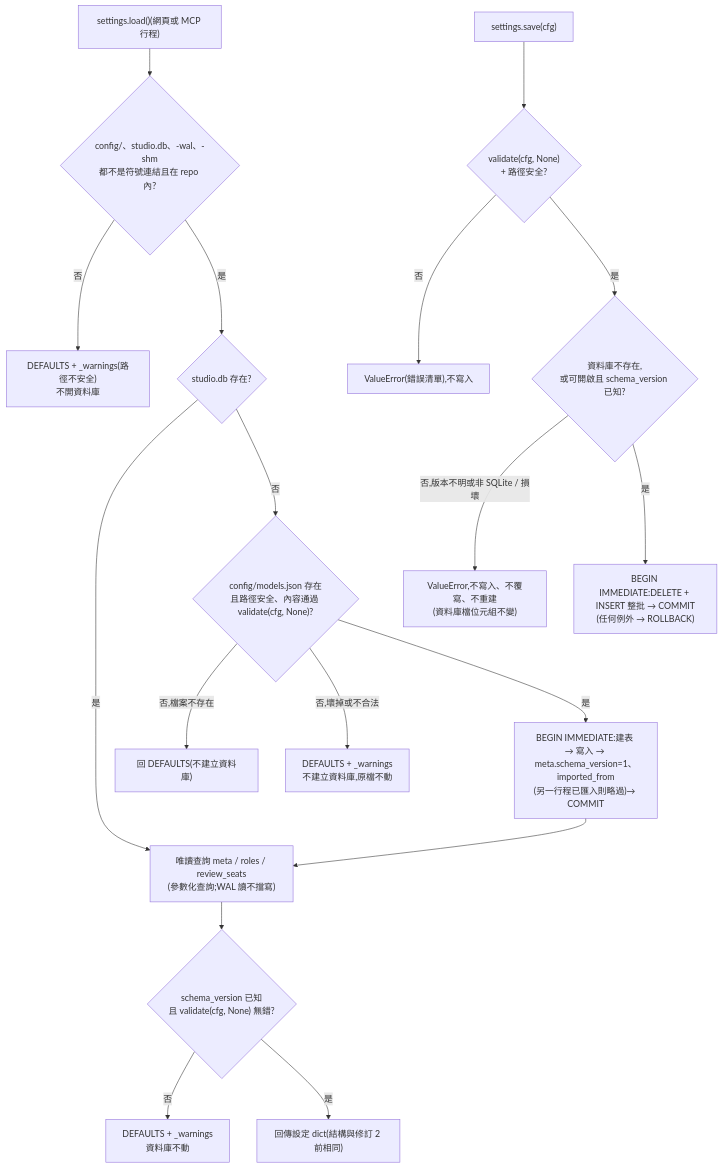
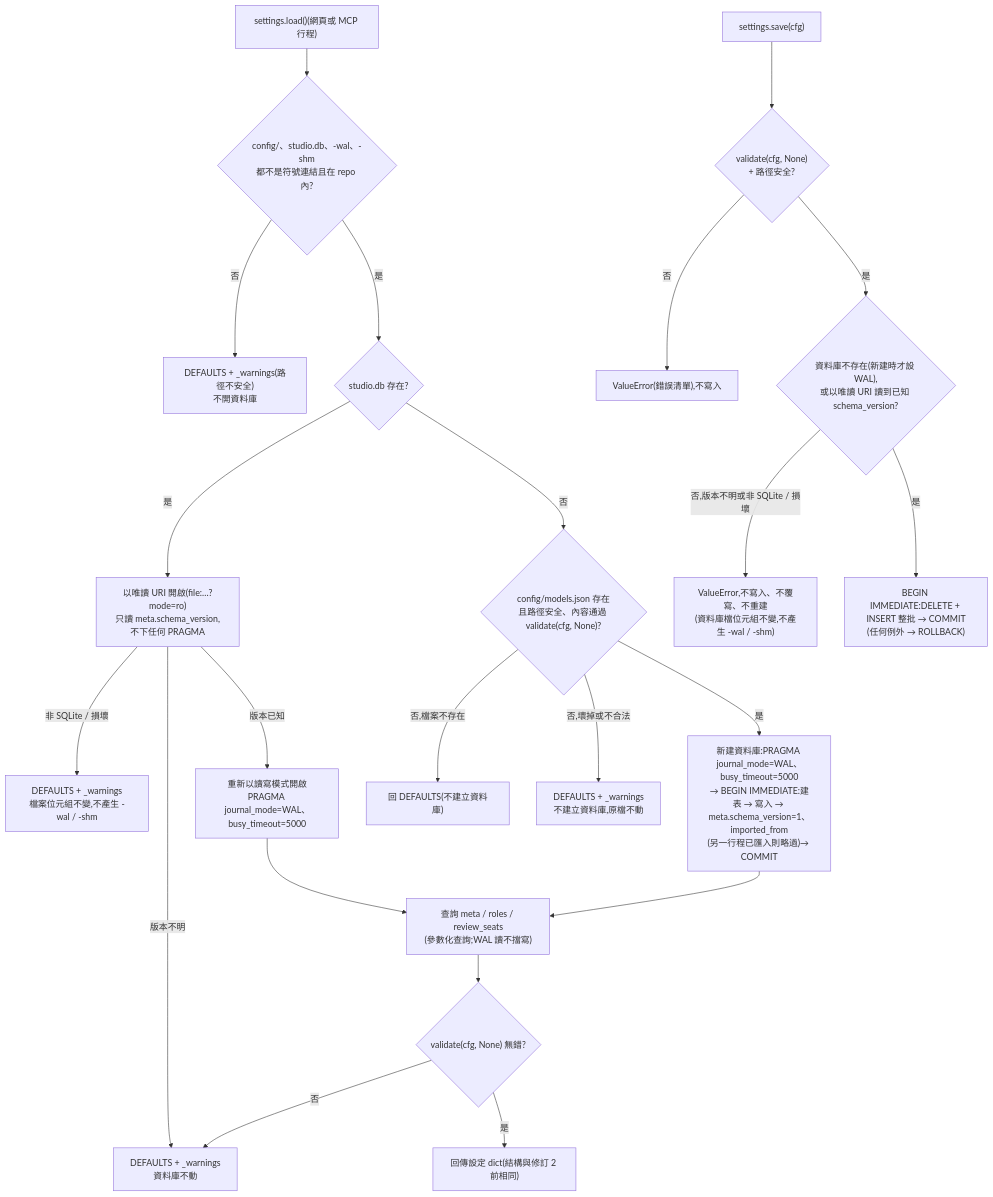
Before and after one commit to kamira/podcast-studio: the fourth of 4 diagrams in docs/changes/CHG-20261022-01.md, drawn with Mermaid. The commit also changed other lines of this file, not shown here.

Commit message:
CHG-20261022-01: 修訂 2 草案依審議修正——版本不明或損壞的資料庫先以唯讀開啟,不設 WAL、不改檔

````diff
--- a/docs/changes/CHG-20261022-01.md
+++ b/docs/changes/CHG-20261022-01.md
@@ -172,20 +172,24 @@
 ```mermaid
 flowchart TD
   L["settings.load()(網頁或 MCP 行程)"] --> PS{"config/、studio.db、-wal、-shm<br/>都不是符號連結且在 repo 內?"}
   PS -- 否 --> FB1["DEFAULTS + _warnings(路徑不安全)<br/>不開資料庫"]
   PS -- 是 --> EX{"studio.db 存在?"}
-  EX -- 是 --> RD["唯讀查詢 meta / roles / review_seats<br/>(參數化查詢;WAL 讀不擋寫)"]
+  EX -- 是 --> RO["以唯讀 URI 開啟(file:…?mode=ro)<br/>只讀 meta.schema_version,不下任何 PRAGMA"]
+  RO -- 非 SQLite / 損壞 --> FB4["DEFAULTS + _warnings<br/>檔案位元組不變,不產生 -wal / -shm"]
+  RO -- 版本不明 --> FB3
+  RO -- 版本已知 --> WAL["重新以讀寫模式開啟<br/>PRAGMA journal_mode=WAL、busy_timeout=5000"]
+  WAL --> RD["查詢 meta / roles / review_seats<br/>(參數化查詢;WAL 讀不擋寫)"]
   EX -- 否 --> J{"config/models.json 存在<br/>且路徑安全、內容通過 validate(cfg, None)?"}
   J -- 否,檔案不存在 --> DF["回 DEFAULTS(不建立資料庫)"]
   J -- 否,壞掉或不合法 --> FB2["DEFAULTS + _warnings<br/>不建立資料庫,原檔不動"]
-  J -- 是 --> IM["BEGIN IMMEDIATE:建表 → 寫入 → meta.schema_version=1、imported_from<br/>(另一行程已匯入則略過)→ COMMIT"]
+  J -- 是 --> IM["新建資料庫:PRAGMA journal_mode=WAL、busy_timeout=5000<br/>→ BEGIN IMMEDIATE:建表 → 寫入 → meta.schema_version=1、imported_from<br/>(另一行程已匯入則略過)→ COMMIT"]
   IM --> RD
-  RD --> V{"schema_version 已知<br/>且 validate(cfg, None) 無錯?"}
+  RD --> V{"validate(cfg, None) 無錯?"}
   V -- 否 --> FB3["DEFAULTS + _warnings<br/>資料庫不動"]
   V -- 是 --> OK["回傳設定 dict(結構與修訂 2 前相同)"]
   S["settings.save(cfg)"] --> SV{"validate(cfg, None)<br/>+ 路徑安全?"}
   SV -- 否 --> ER["ValueError(錯誤清單),不寫入"]
-  SV -- 是 --> SK{"資料庫不存在,<br/>或可開啟且 schema_version 已知?"}
-  SK -- 否,版本不明或非 SQLite / 損壞 --> ER2["ValueError,不寫入、不覆寫、不重建<br/>(資料庫檔位元組不變)"]
+  SV -- 是 --> SK{"資料庫不存在(新建時才設 WAL),<br/>或以唯讀 URI 讀到已知 schema_version?"}
+  SK -- 否,版本不明或非 SQLite / 損壞 --> ER2["ValueError,不寫入、不覆寫、不重建<br/>(資料庫檔位元組不變,不產生 -wal / -shm)"]
   SK -- 是 --> TX["BEGIN IMMEDIATE:DELETE + INSERT 整批 → COMMIT<br/>(任何例外 → ROLLBACK)"]
 ```
````
